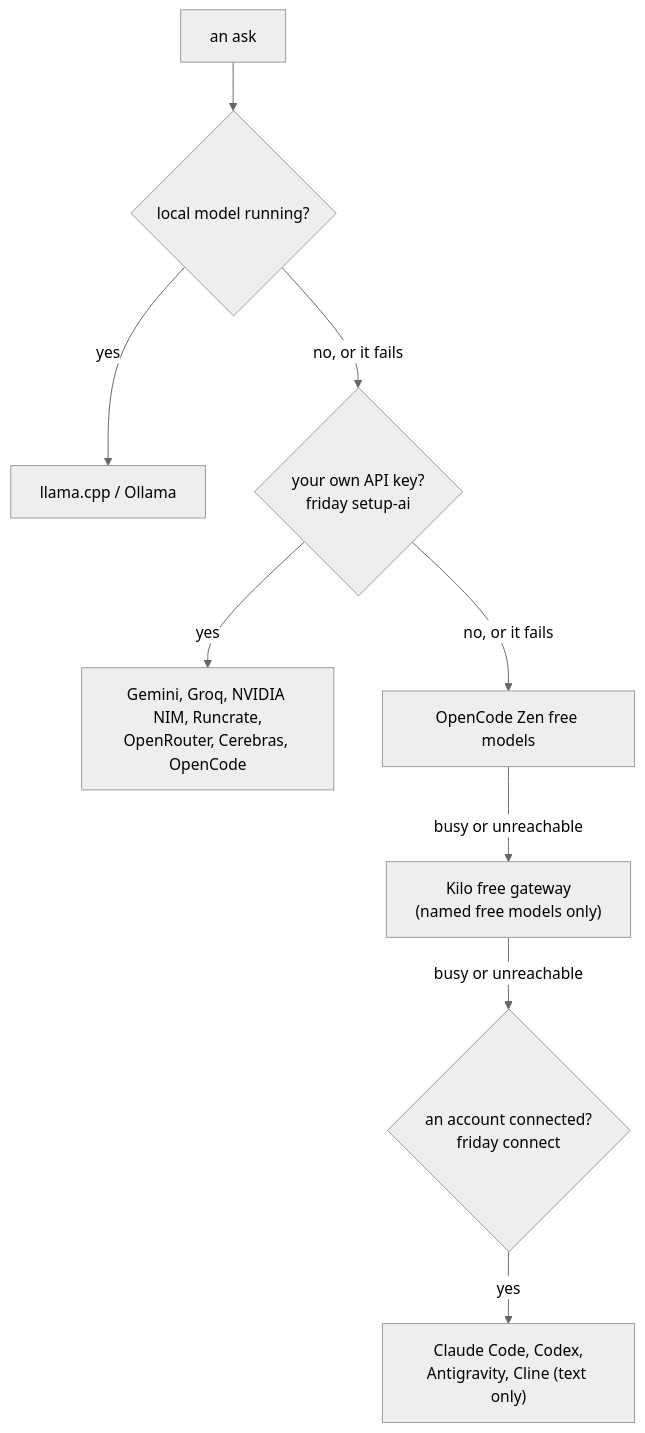
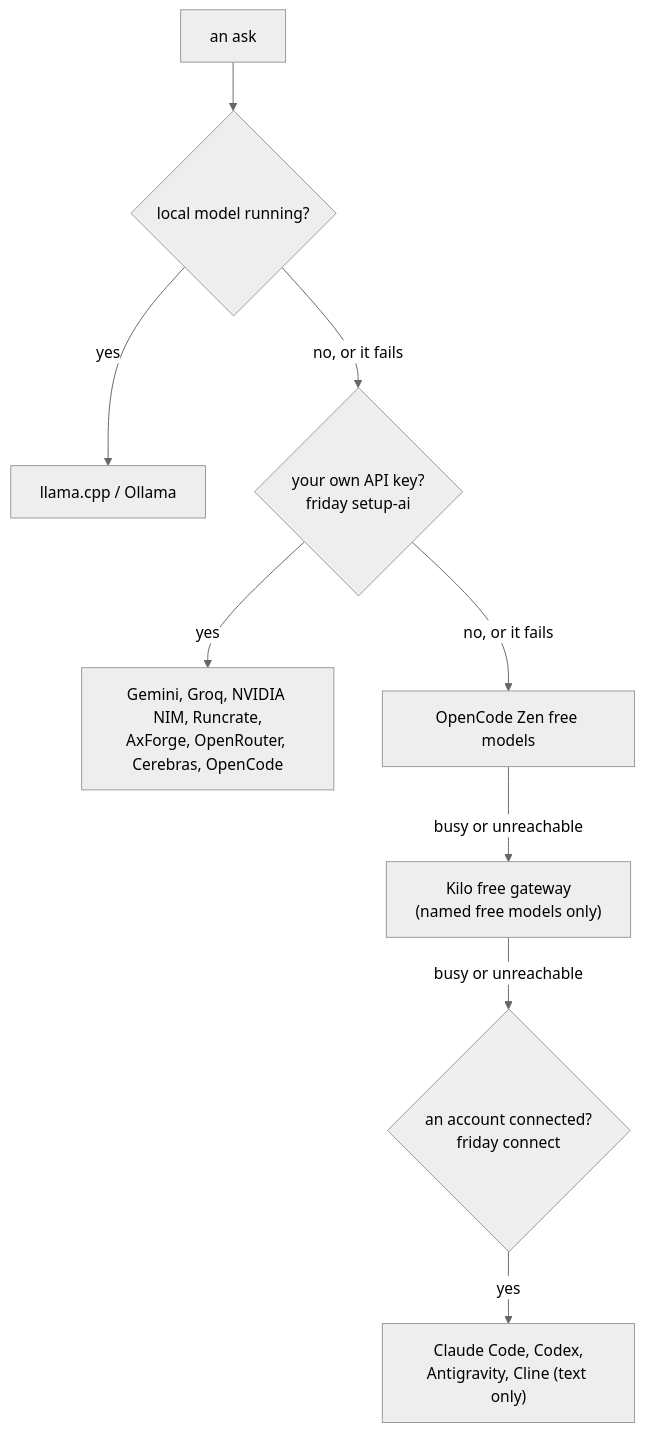
One commit to sreevarshan-xenoz/project-friday changed the fourth of 5 diagrams in README.md. Above: the diagram before and after it, drawn with Mermaid (neutral theme). The commit also changed 7 other files, not shown here.

````diff
--- a/README.md
+++ b/README.md
@@ -121,11 +121,11 @@
 ```mermaid
 flowchart TD
   A["an ask"] --> L{"local model running?"}
   L -->|yes| LM["llama.cpp / Ollama"]
   L -->|no, or it fails| K{"your own API key?<br/>friday setup-ai"}
-  K -->|yes| KP["Gemini, Groq, NVIDIA NIM, Runcrate,<br/>OpenRouter, Cerebras, OpenCode"]
+  K -->|yes| KP["Gemini, Groq, NVIDIA NIM, Runcrate,<br/>AxForge, OpenRouter, Cerebras, OpenCode"]
   K -->|no, or it fails| Z["OpenCode Zen free models"]
   Z -->|busy or unreachable| KI["Kilo free gateway<br/>(named free models only)"]
   KI -->|busy or unreachable| C{"an account connected?<br/>friday connect"}
   C -->|yes| CP["Claude Code, Codex,<br/>Antigravity, Cline (text only)"]
 ```
````
